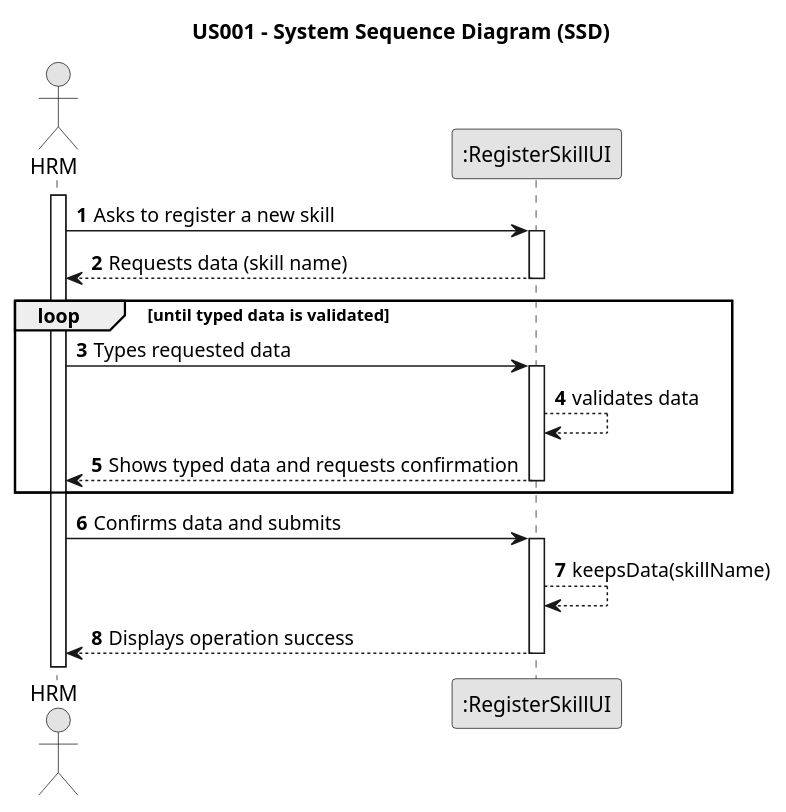
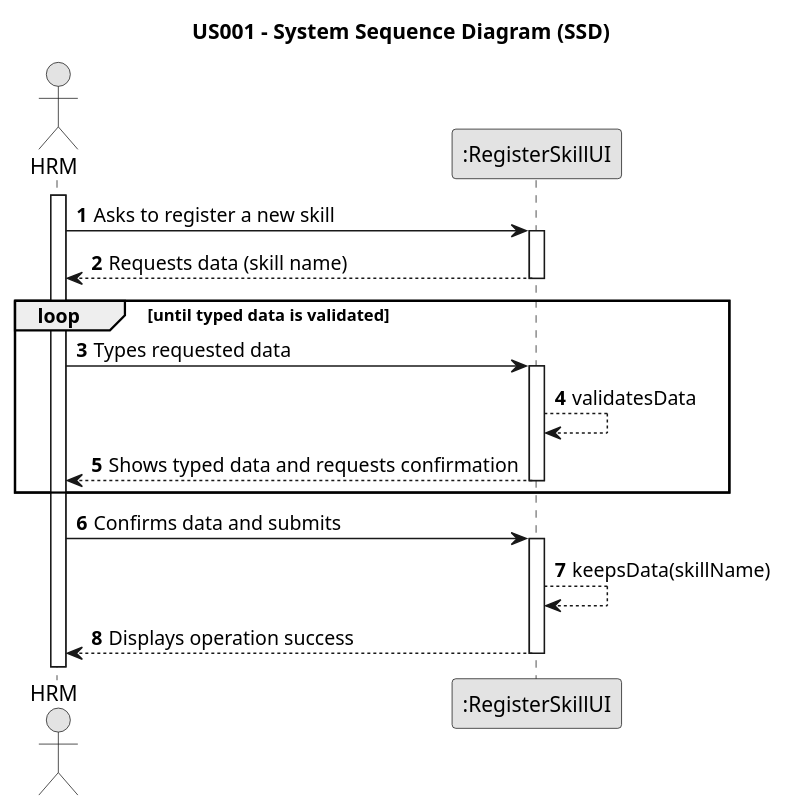
Before and after one commit to Rui-San/LAPR2_2023_2024: the diagram in docs/sprintB/us001/01.requirements-engineering/puml/us001-system-sequence-diagram.puml, drawn with PlantUML. The commit also changed 3 other files, not shown here.

Commit message:
US002: Corrected SSD for this user story, based on sprint 1 presentation. Added loop for validation and System to System interactions for validation and keep data. Also fixed eng. specifications and new svg for SSD

```diff
--- a/docs/sprintB/us001/01.requirements-engineering/puml/us001-system-sequence-diagram.puml
+++ b/docs/sprintB/us001/01.requirements-engineering/puml/us001-system-sequence-diagram.puml
@@ -1,33 +1,33 @@
     @startuml
 skinparam monochrome true
 skinparam packageStyle rectangle
 skinparam shadowing false
 
 title US001 - System Sequence Diagram (SSD)
 
 autonumber
 
 actor "HRM" as Employee
 participant ":RegisterSkillUI" as System
 
 activate Employee
 
     Employee -> System : Asks to register a new skill
     activate System
 
         System --> Employee : Requests data (skill name)
     deactivate System
     loop until typed data is validated
     Employee -> System : Types requested data
     activate System
-        System --> System : validates data
+        System --> System : validatesData
         System --> Employee : Shows typed data and requests confirmation
     deactivate System
 end
     Employee -> System : Confirms data and submits
     activate System
         System --> System : keepsData(skillName)
         System --> Employee : Displays operation success
     deactivate System
 
 @enduml
```
